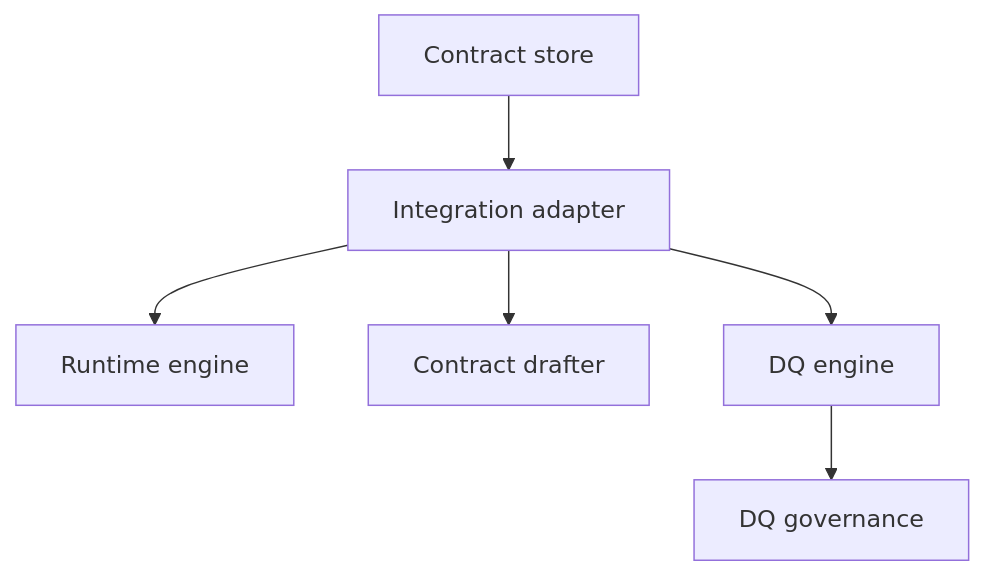
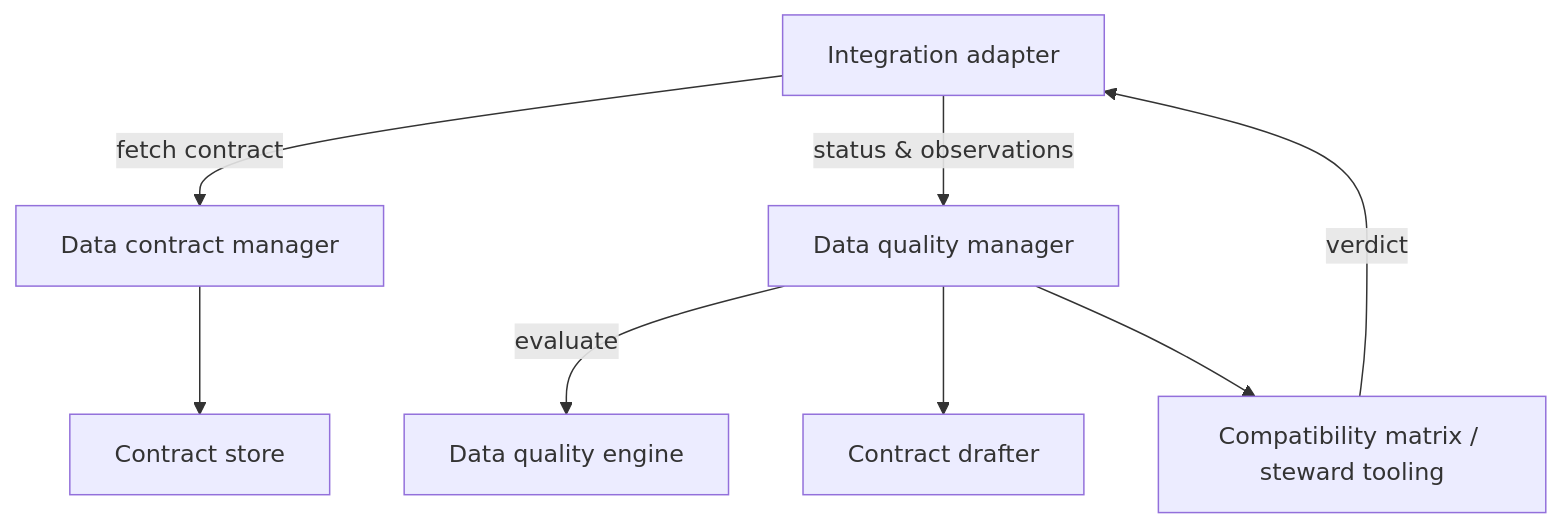
Before and after one commit to NextLab-SRL/dc43: the diagram in docs/component-integration-layer.md, drawn with Mermaid. The commit also changed other lines of this file and 17 other files, not shown here.

Commit message:
Fix data quality manager module docstring

````diff
--- a/docs/component-integration-layer.md
+++ b/docs/component-integration-layer.md
@@ -17,8 +25,10 @@
 ```mermaid
 flowchart TD
-    ContractStore["Contract store"] --> Adapter["Integration adapter"]
-    Adapter --> Runtime["Runtime engine"]
-    Adapter --> Drafter["Contract drafter"]
-    Adapter --> DQEngine["DQ engine"]
-    DQEngine --> DQClient["DQ governance"]
+    Adapter["Integration adapter"] -->|fetch contract| ContractMgr["Data contract manager"]
+    ContractMgr --> ContractStore["Contract store"]
+    Adapter -->|status & observations| DQMgr["Data quality manager"]
+    DQMgr -->|evaluate| DQEngine["Data quality engine"]
+    DQMgr --> Drafter["Contract drafter"]
+    DQMgr --> Governance["Compatibility matrix / steward tooling"]
+    Governance -->|verdict| Adapter
 ```
````
